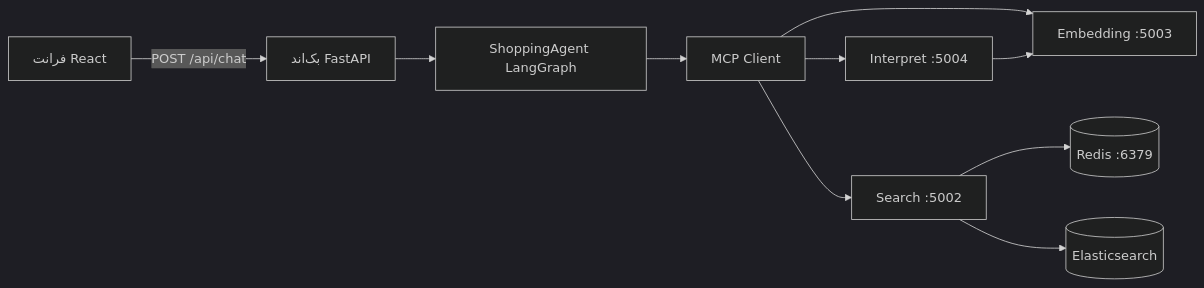
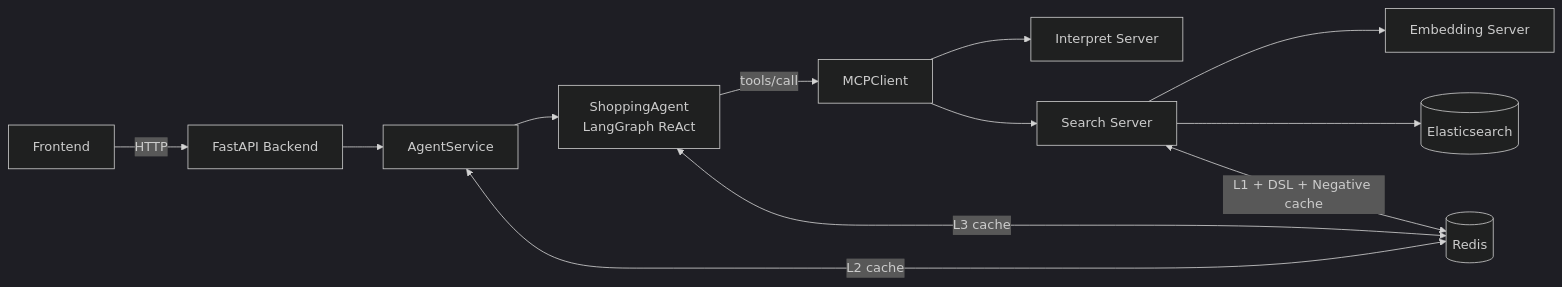
One commit to 11linear11/ShoppingAiAssistant changed the first of 2 diagrams in docs/fa/ARCHITECTURE.md. Above: the diagram before and after it, drawn with Mermaid (dark theme). The commit also changed other lines of this file and 10 other files, not shown here.

````diff
--- a/docs/fa/ARCHITECTURE.md
+++ b/docs/fa/ARCHITECTURE.md
@@ -11,14 +11,16 @@
 ```mermaid
 flowchart LR
-  FE[فرانت React] -->|POST /api/chat| BE[بک‌اند FastAPI]
-  BE --> AG[ShoppingAgent LangGraph]
-  AG --> IC[MCP Client]
+  FE[Frontend] -->|HTTP| BE[FastAPI Backend]
+  BE --> AS[AgentService]
+  AS --> AG[ShoppingAgent\nLangGraph ReAct]
 
-  IC --> IS[Interpret :5004]
-  IC --> SS[Search :5002]
-  IC --> ES[Embedding :5003]
+  AG -->|tools/call| IC[MCPClient]
+  IC --> INTP[Interpret Server]
+  IC --> SRCH[Search Server]
+  SRCH --> EMB[Embedding Server]
 
-  SS --> REDIS[(Redis :6379)]
-  SS --> ELASTIC[(Elasticsearch)]
-  IS --> ES
+  AS <-->|L2 cache| REDIS[(Redis)]
+  AG <-->|L3 cache| REDIS
+  SRCH <-->|L1 + DSL + Negative cache| REDIS
+  SRCH --> ES[(Elasticsearch)]
 ```
````
